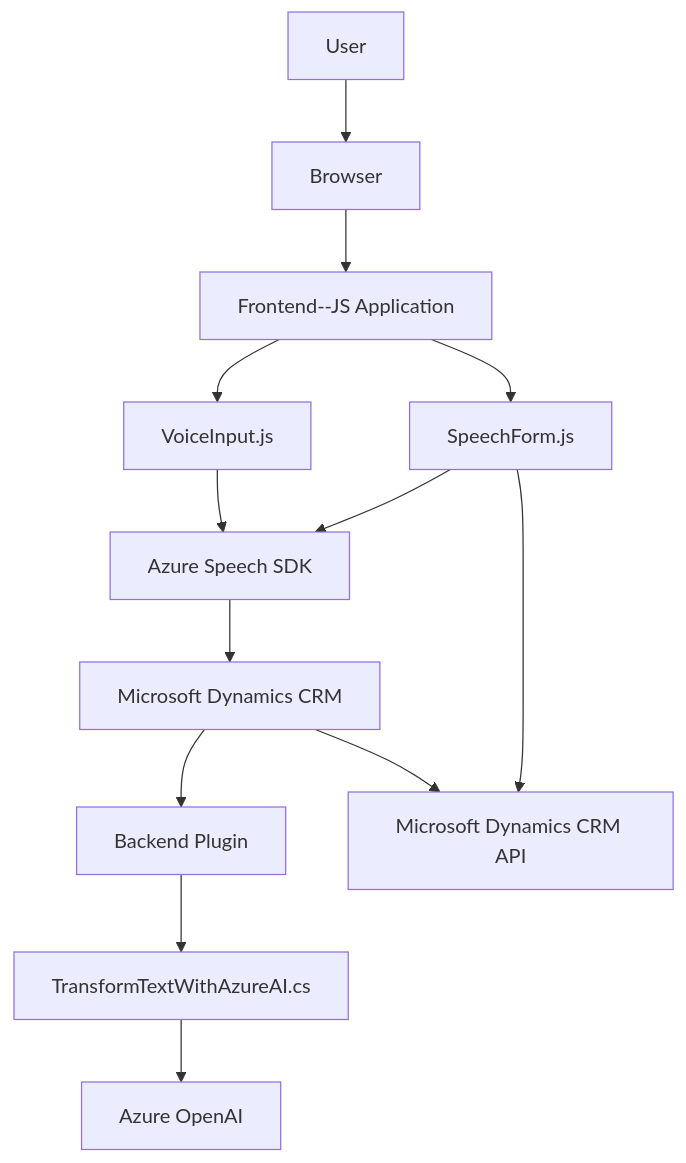
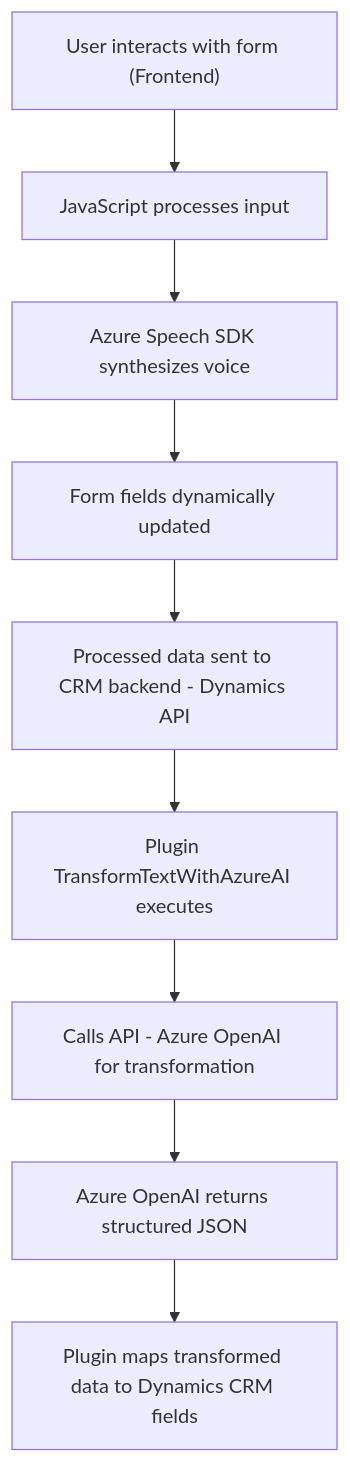
Before and after one commit to blopezdm/NETCORE_BILBAO2025: the diagram in README.md, drawn with Mermaid. The commit also changed other lines of this file, not shown here.

````diff
--- a/README.md
+++ b/README.md
@@ -43,27 +42,11 @@
 ```mermaid
 graph TD
-    A["User"]
-    B["Browser"]
-    C["Frontend--JS Application"]
-    D["VoiceInput.js"]
-    E["SpeechForm.js"]
-    F["Azure Speech SDK"]
-    G["Microsoft Dynamics CRM"]
-    H["Backend Plugin"]
-    I["TransformTextWithAzureAI.cs"]
-    J["Azure OpenAI"]
-    K["Microsoft Dynamics CRM API"]
-    
-    A --> B
-    B --> C
-    C --> D
-    C --> E
-    D --> F
-    E --> F
-    F --> G
-    G --> H
-    H --> I
-    I --> J
-    G --> K
-    E --> K
+    A["User interacts with form (Frontend)"] --> B["JavaScript processes input"]
+    B --> C["Azure Speech SDK synthesizes voice"]
+    C --> D["Form fields dynamically updated"]
+    D --> E["Processed data sent to CRM backend - Dynamics API"]
+    E --> F["Plugin TransformTextWithAzureAI executes"]
+    F --> G["Calls API - Azure OpenAI for transformation"]
+    G --> H["Azure OpenAI returns structured JSON"]
+    H --> I["Plugin maps transformed data to Dynamics CRM fields"]
 ```
````
